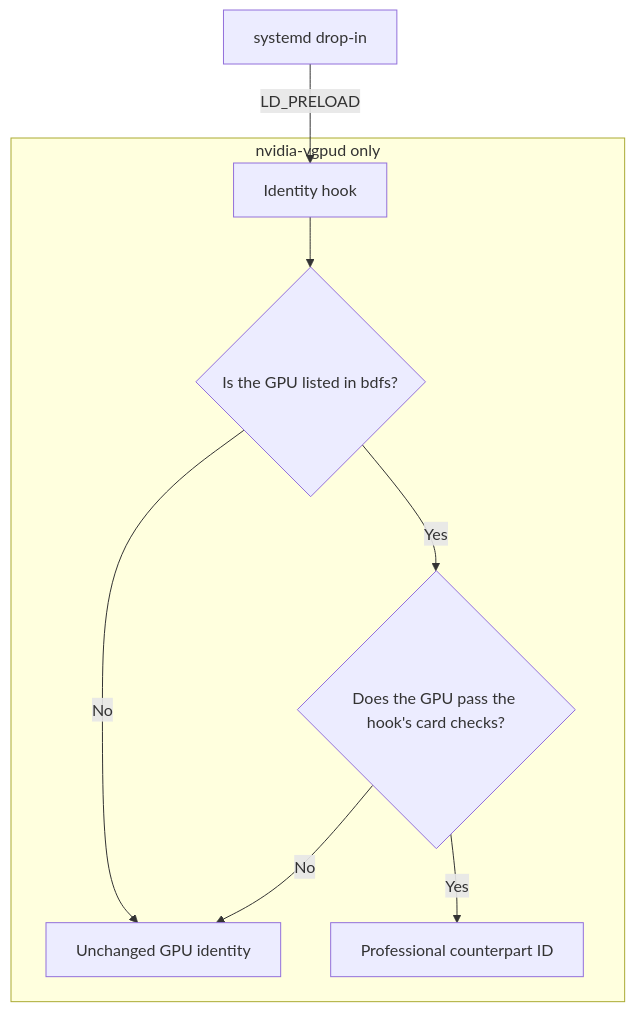
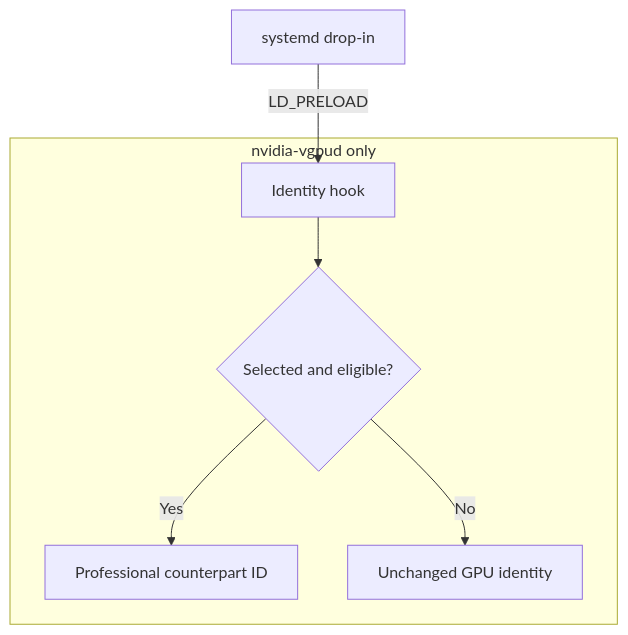
One commit to noon-at-cgn/geforce-sriov changed the sixth of 6 diagrams in docs/technical-reference.md. Above: the diagram before and after it, drawn with Mermaid. The commit also changed other lines of this file and 86 other files, not shown here.

````diff
--- a/docs/technical-reference.md
+++ b/docs/technical-reference.md
@@ -854,11 +659,9 @@
 ```mermaid
 flowchart TD
     D["systemd drop-in"] -->|"LD_PRELOAD"| H
     subgraph Process["nvidia-vgpud only"]
-        H["Identity hook"] --> S{"Is the GPU listed in bdfs?"}
-        S -->|"Yes"| E{"Does the GPU pass the hook's card checks?"}
+        H["Identity hook"] --> S{"Selected and eligible?"}
+        S -->|"Yes"| P["Professional counterpart ID"]
         S -->|"No"| U["Unchanged GPU identity"]
-        E -->|"Yes"| P["Professional counterpart ID"]
-        E -->|"No"| U
     end
 ```
````
